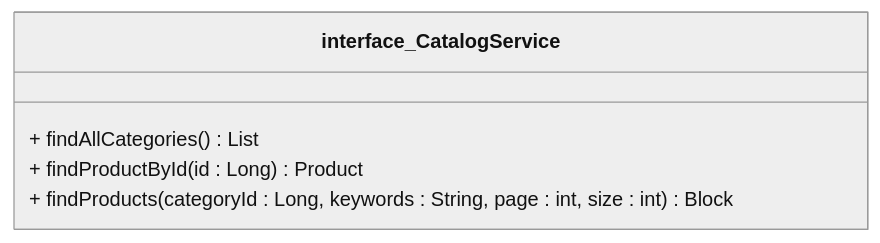
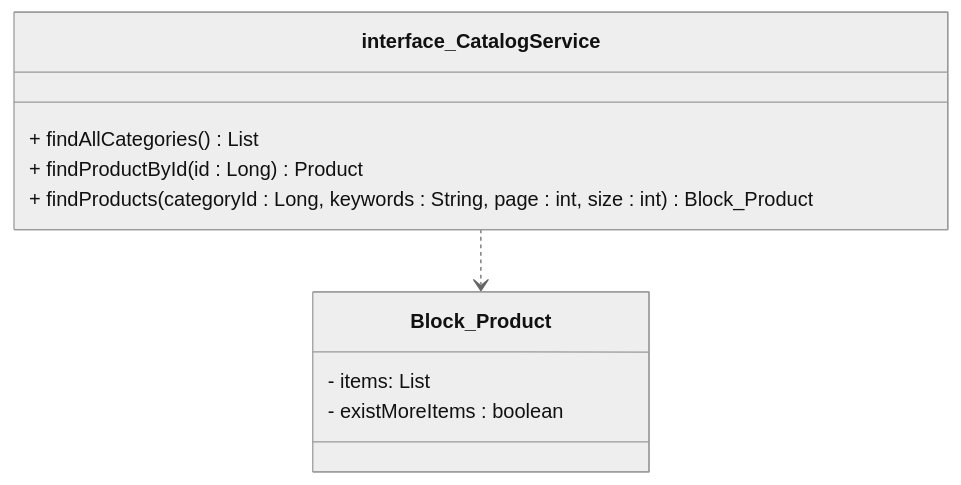
One commit to ivanaf03/Apuntes-Obsidian changed the second of 3 diagrams in Q6/PA/Tema 3/Introducción a capa lógica de negocio con Spring.md. Above: the diagram before and after it, drawn with Mermaid (neutral theme). The commit also changed other lines of this file, not shown here.

Commit message:
Updated file: Q6/PA/Tema 3/Introducción a capa lógica de negocio con Spring.md

````diff
--- a/Q6/PA/Tema 3/Introducción a capa lógica de negocio con Spring.md
+++ b/Q6/PA/Tema 3/Introducción a capa lógica de negocio con Spring.md
@@ -22,10 +23,17 @@
 ```mermaid
 classDiagram
 
+class interface_CatalogService{
+    + findAllCategories() List<Category>
+    + findProductById(id : Long) Product
+    + findProducts(categoryId : Long, keywords : String, page : int, size : int) Block_Product
+}
 
-class interface_CatalogService{
-            + findAllCategories() List<Category>
-            + findProductById(id : Long) Product
-            + findProducts(categoryId : Long, keywords : String, page : int, size : int) Block<Product> 
-        }
+class Block_Product {
+    - items: List<Product>
+    - existMoreItems : boolean
+}
+
+interface_CatalogService ..> Block_Product
+
 ```
````
